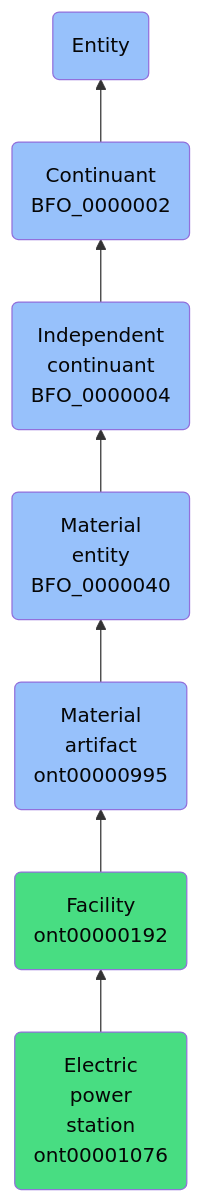
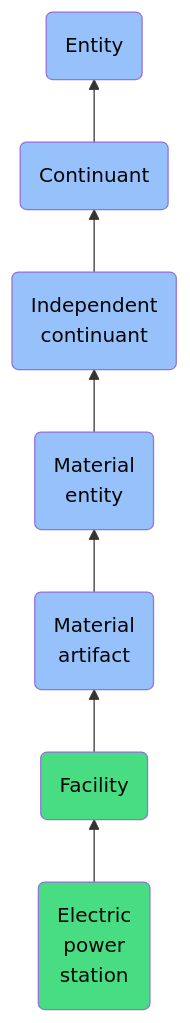
One commit to jupyter-naas/abi changed the diagram in docs/ontology/reference/model/Entity/Continuant/Independent continuant/Material entity/Material artifact/Facility/Electric power station/Electric power station.md. Above: the diagram before and after it, drawn with Mermaid. The commit also changed other lines of this file and 1430 other files, not shown here.

````diff
--- a/docs/ontology/reference/model/Entity/Continuant/Independent continuant/Material entity/Material artifact/Facility/Electric power station/Electric power station.md
+++ b/docs/ontology/reference/model/Entity/Continuant/Independent continuant/Material entity/Material artifact/Facility/Electric power station/Electric power station.md
@@ -24,14 +24,14 @@
 ```mermaid
 graph BT
-    ont00001076(Electric<br>power<br>station<br>ont00001076):::ABI-->ont00000192
-    ont00000192(Facility<br>ont00000192):::ABI-->ont00000995
-    ont00000995(Material<br>artifact<br>ont00000995):::BFO-->BFO_0000040
-    BFO_0000040(Material<br>entity<br>BFO_0000040):::BFO-->BFO_0000004
-    BFO_0000004(Independent<br>continuant<br>BFO_0000004):::BFO-->BFO_0000002
-    BFO_0000002(Continuant<br>BFO_0000002):::BFO-->BFO_0000001
+    ont00001076(Electric<br>power<br>station):::ABI-->ont00000192
+    ont00000192(Facility):::ABI-->ont00000995
+    ont00000995(Material<br>artifact):::BFO-->BFO_0000040
+    BFO_0000040(Material<br>entity):::BFO-->BFO_0000004
+    BFO_0000004(Independent<br>continuant):::BFO-->BFO_0000002
+    BFO_0000002(Continuant):::BFO-->BFO_0000001
     BFO_0000001(Entity):::BFO
     
     classDef BFO fill:#97c1fb,color:#060606
     classDef CCO fill:#e4c51e,color:#060606
     classDef ABI fill:#48DD82,color:#060606
 ```
````
